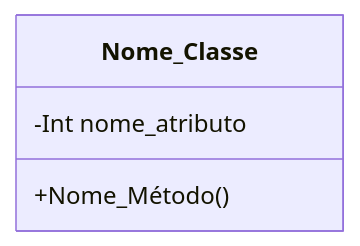
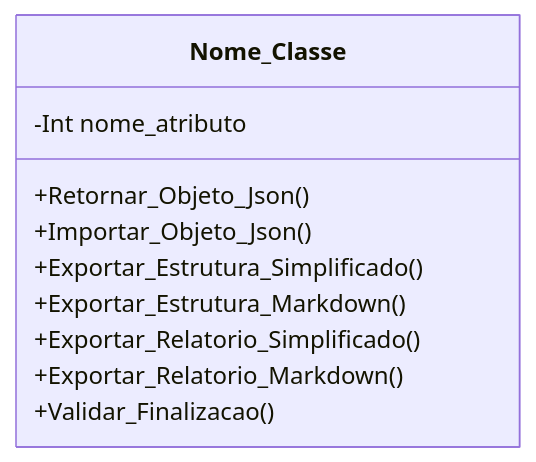
The diagram in DOCUMENTOS/Classe - Cliente.md (ETECC-Telecom/ValtObsidian-Script-Moto), drawn with Mermaid before and after one commit. The commit also changed other lines of this file and 3 other files, not shown here.

````diff
--- a/DOCUMENTOS/Classe - Cliente.md
+++ b/DOCUMENTOS/Classe - Cliente.md
@@ -40,8 +41,16 @@
 ```mermaid
 classDiagram
     class Nome_Classe{
 		-Int nome_atributo
       
-		+Nome_Método()
+		+Retornar_Objeto_Json()
+		+Importar_Objeto_Json()
+		+Exportar_Estrutura_Simplificado()
+		+Exportar_Estrutura_Markdown()
+		+Exportar_Relatorio_Simplificado()
+		+Exportar_Relatorio_Markdown()
+		+Validar_Finalizacao()
+		
+		
     }
 ```
````
